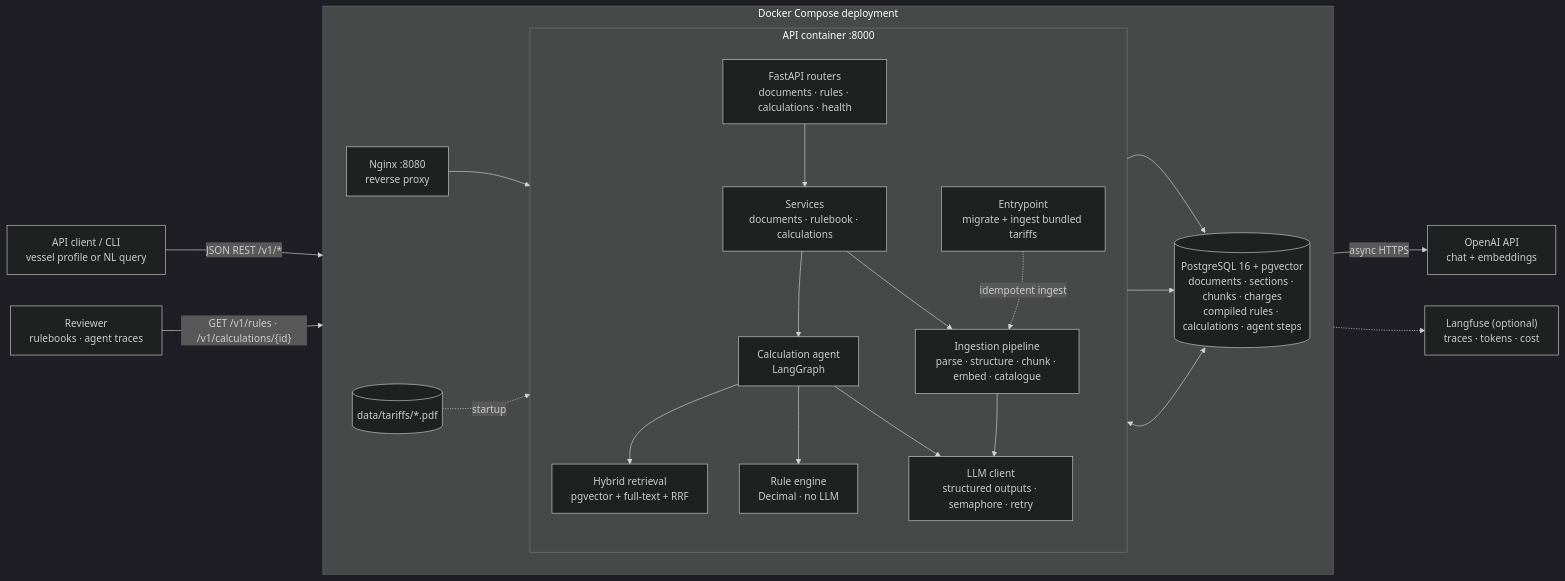
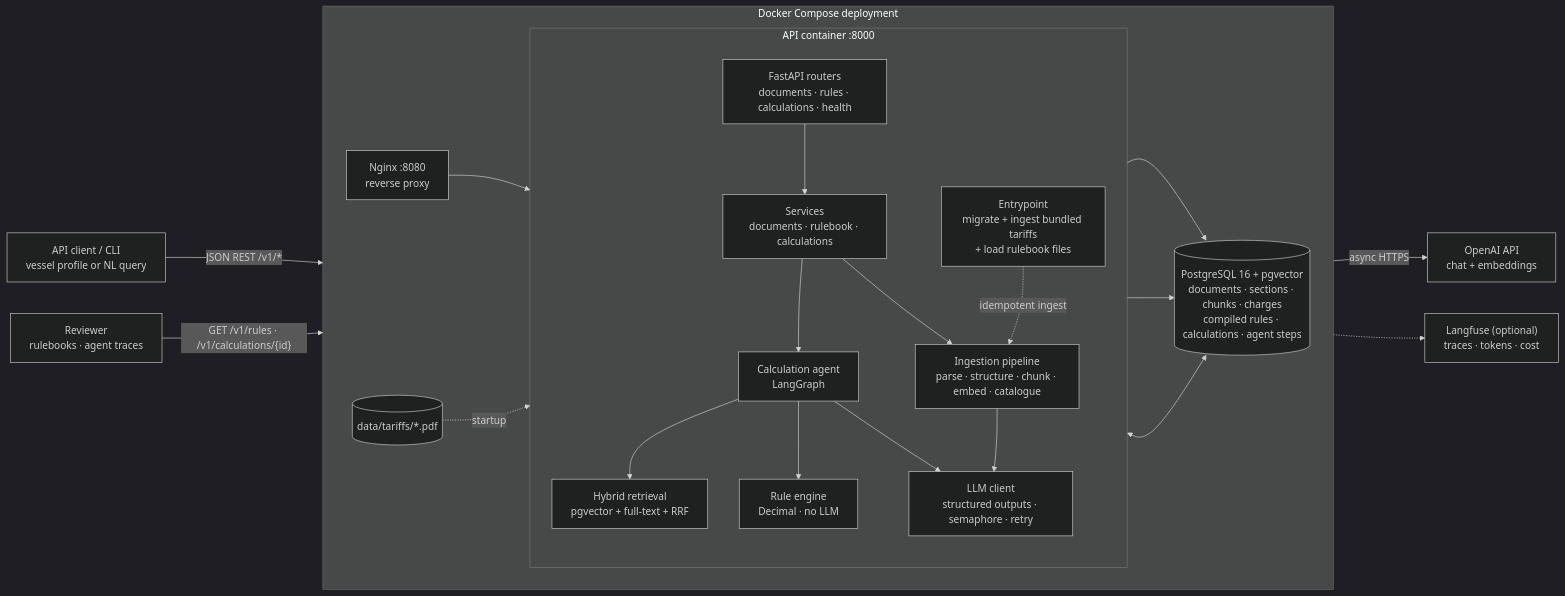
Before and after one commit to datasinner/andersenlab-project: the first of 7 diagrams in docs/architecture.md, drawn with Mermaid (dark theme). The commit also changed 2 other files, not shown here.

Commit message:
docs: rewrite the README for Phase 10
Results, quick start, API reference with real response excerpts,
command-line tools, how it works, configuration, design decisions and
limitations. The plan records that the public deployment (Phase 11) is
not pursued; the system runs on localhost.

````diff
--- a/docs/architecture.md
+++ b/docs/architecture.md
@@ -9,44 +9,44 @@
 ```mermaid
 flowchart LR
   client["API client / CLI<br/>vessel profile or NL query"]
   reviewer["Reviewer<br/>rulebooks · agent traces"]
   openai["OpenAI API<br/>chat + embeddings"]
   langfuse["Langfuse (optional)<br/>traces · tokens · cost"]
 
   subgraph compose["Docker Compose deployment"]
     direction LR
     nginx["Nginx :8080<br/>reverse proxy"]
 
     subgraph api["API container :8000"]
       direction TB
-      entry["Entrypoint<br/>migrate + ingest bundled tariffs"]
+      entry["Entrypoint<br/>migrate + ingest bundled tariffs<br/>+ load rulebook files"]
       routes["FastAPI routers<br/>documents · rules · calculations · health"]
       services["Services<br/>documents · rulebook · calculations"]
       ingestion["Ingestion pipeline<br/>parse · structure · chunk · embed · catalogue"]
       agent["Calculation agent<br/>LangGraph"]
       retrieval["Hybrid retrieval<br/>pgvector + full-text + RRF"]
       engine["Rule engine<br/>Decimal · no LLM"]
       llm["LLM client<br/>structured outputs · semaphore · retry"]
 
       routes --> services
       services --> ingestion
       services --> agent
       agent --> retrieval
       agent --> engine
       agent --> llm
       ingestion --> llm
     end
 
     pdfs[("data/tariffs/*.pdf")]
     pg[("PostgreSQL 16 + pgvector<br/>documents · sections · chunks · charges<br/>compiled rules · calculations · agent steps")]
   end
 
   client -->|"JSON REST /v1/*"| nginx --> routes
   reviewer -->|"GET /v1/rules · /v1/calculations/{id}"| nginx
   pdfs -. "startup" .-> entry -. "idempotent ingest" .-> ingestion
   ingestion --> pg
   retrieval --> pg
   services <--> pg
   llm -->|"async HTTPS"| openai
   llm -.-> langfuse
 ```
````
